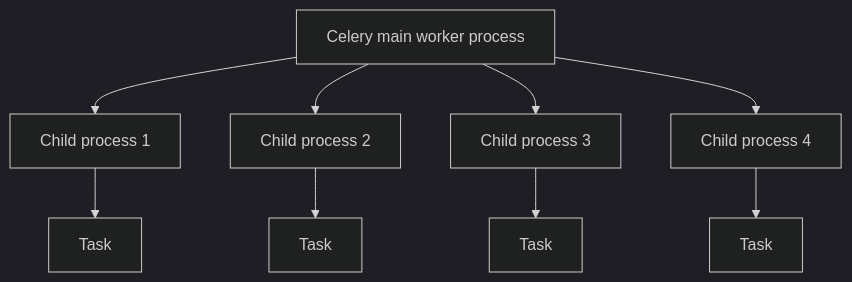
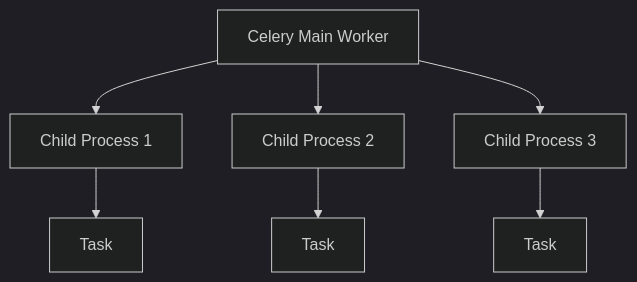
Before and after one commit to AvadhBhalodiya/Interview-Preparation: the third of 8 diagrams in src/content/task-processing/celery-vs-taskiq.md, drawn with Mermaid (dark theme). The commit also changed other lines of this file and 80 other files, not shown here.

````diff
--- a/src/content/task-processing/celery-vs-taskiq.md
+++ b/src/content/task-processing/celery-vs-taskiq.md
@@ -307,11 +204,9 @@
 ```mermaid
 flowchart TB
-    M[Celery main worker process] --> C1[Child process 1]
-    M --> C2[Child process 2]
-    M --> C3[Child process 3]
-    M --> C4[Child process 4]
-    C1 --> T1[Task]
-    C2 --> T2[Task]
-    C3 --> T3[Task]
-    C4 --> T4[Task]
+    M[Celery Main Worker] --> P1[Child Process 1]
+    M --> P2[Child Process 2]
+    M --> P3[Child Process 3]
+    P1 --> T1[Task]
+    P2 --> T2[Task]
+    P3 --> T3[Task]
 ```
````
